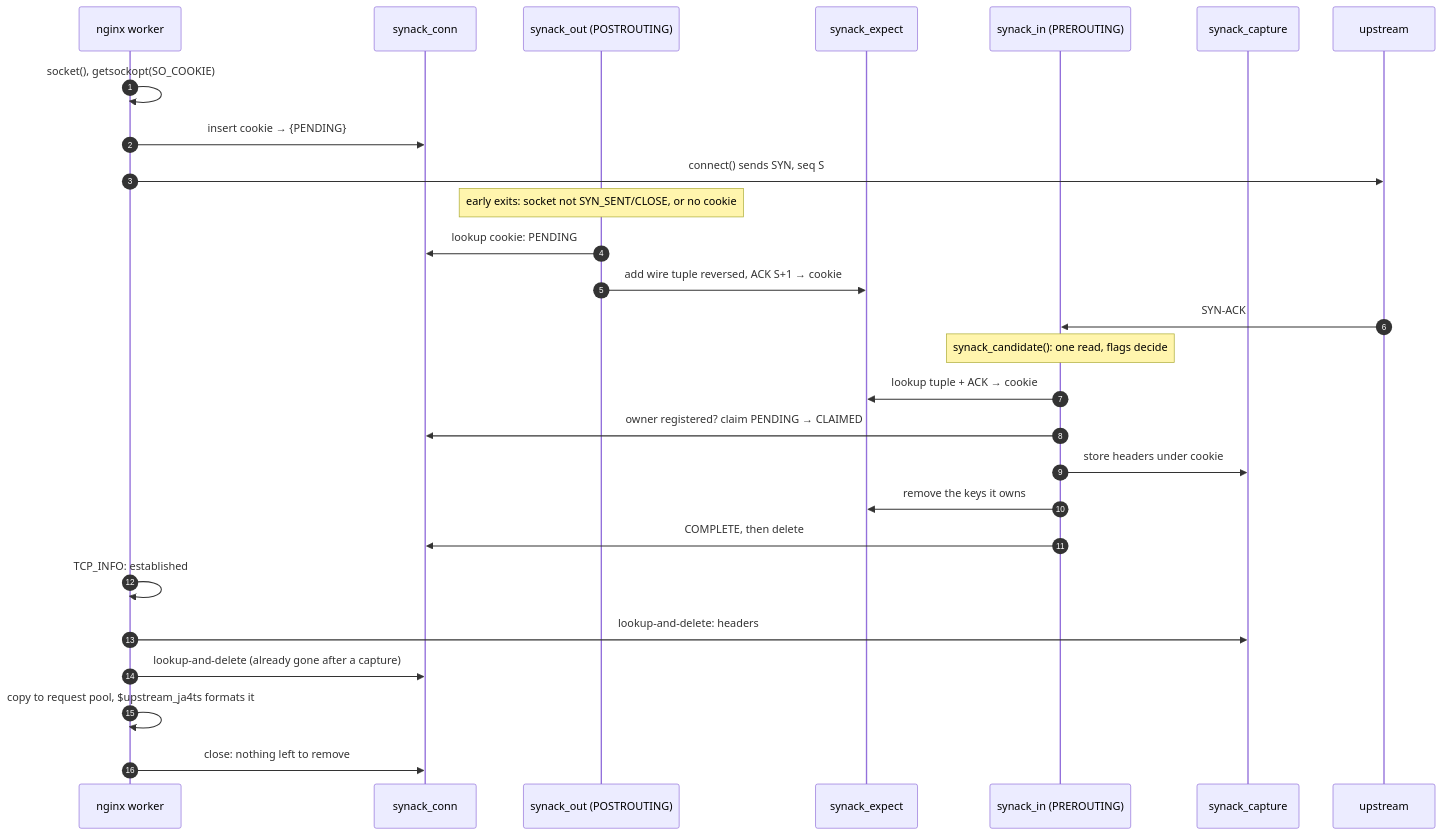
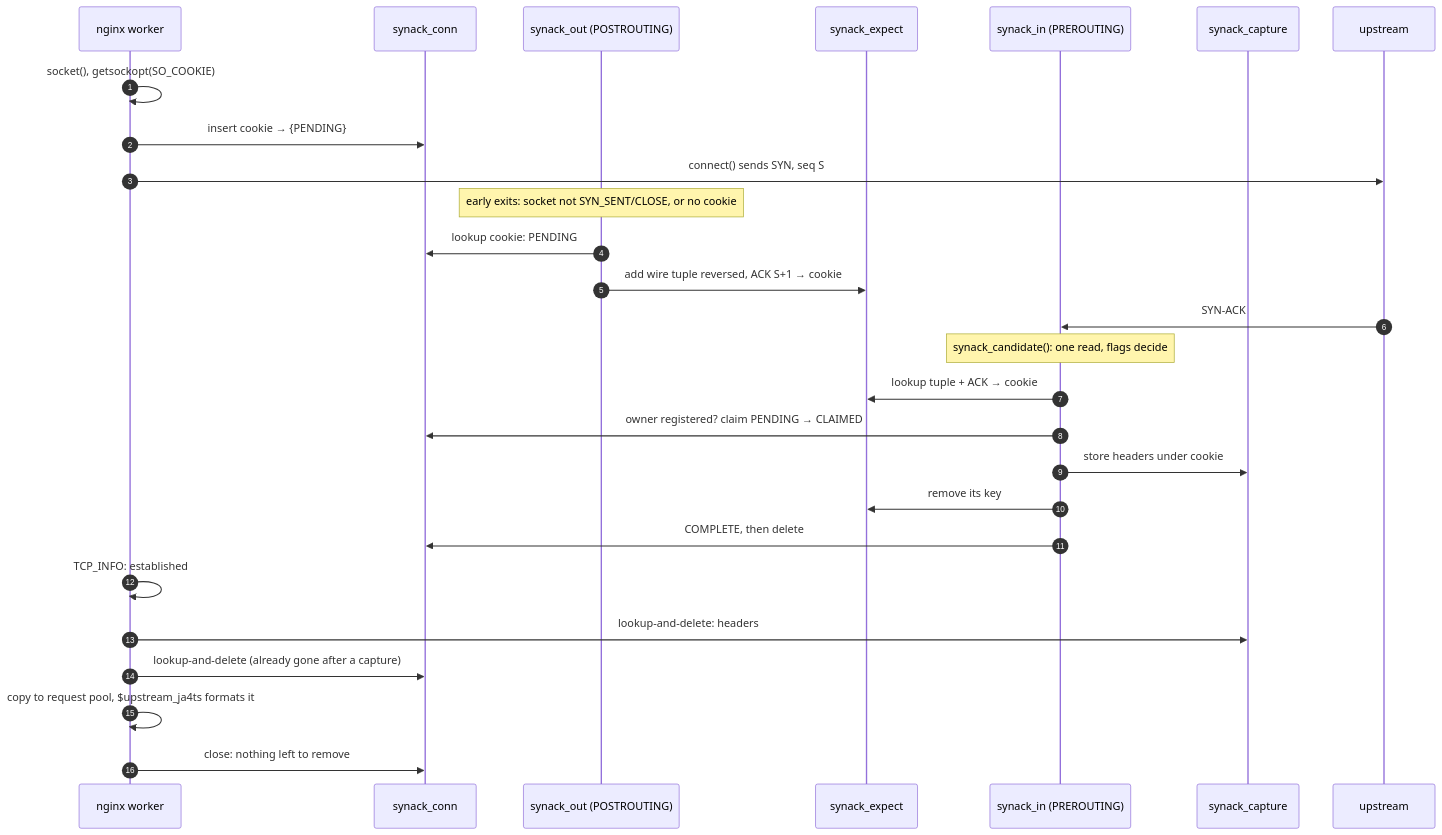
The second of 3 diagrams in doc/ja4ts_ebpf_design.md (lynch1981/ja4-nginx-module), drawn with Mermaid before and after one commit. The commit also changed other lines of this file, not shown here.

````diff
--- a/doc/ja4ts_ebpf_design.md
+++ b/doc/ja4ts_ebpf_design.md
@@ -169,30 +169,30 @@
 ```mermaid
 sequenceDiagram
     autonumber
     participant W as nginx worker
     participant C as synack_conn
     participant O as synack_out (POSTROUTING)
     participant E as synack_expect
     participant I as synack_in (PREROUTING)
     participant R as synack_capture
     participant U as upstream
 
     W->>W: socket(), getsockopt(SO_COOKIE)
     W->>C: insert cookie → {PENDING}
     W->>U: connect() sends SYN, seq S
     Note over O: early exits: socket not SYN_SENT/CLOSE, or no cookie
     O->>C: lookup cookie: PENDING
     O->>E: add wire tuple reversed, ACK S+1 → cookie
     U->>I: SYN-ACK
     Note over I: synack_candidate(): one read, flags decide
     I->>E: lookup tuple + ACK → cookie
     I->>C: owner registered? claim PENDING → CLAIMED
     I->>R: store headers under cookie
-    I->>E: remove the keys it owns
+    I->>E: remove its key
     I->>C: COMPLETE, then delete
     W->>W: TCP_INFO: established
     W->>R: lookup-and-delete: headers
     W->>C: lookup-and-delete (already gone after a capture)
     W->>W: copy to request pool, $upstream_ja4ts formats it
     W->>C: close: nothing left to remove
 ```
````
